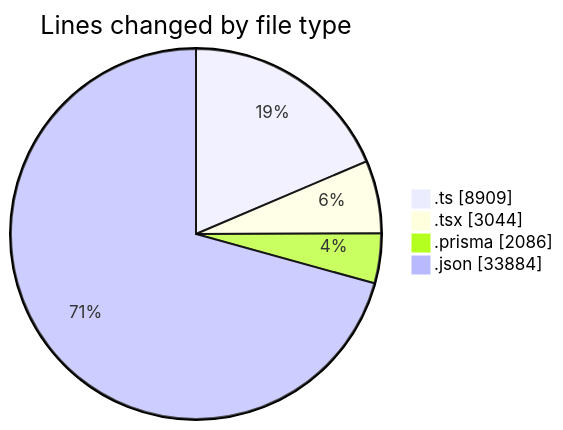
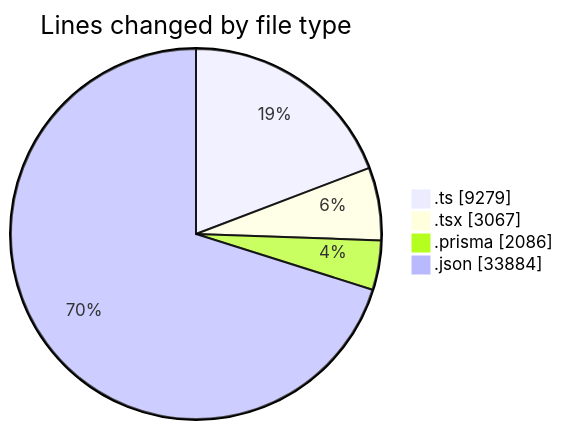
One commit to CELIANVF/code-tracking changed the first of 2 diagrams in 2025-05-19/ecodeli-1/README.md. Above: the diagram before and after it, drawn with Mermaid. The commit also changed other lines of this file and 1 other file, not shown here.

````diff
--- a/2025-05-19/ecodeli-1/README.md
+++ b/2025-05-19/ecodeli-1/README.md
@@ -56,8 +57,8 @@
 ```mermaid
 pie showData
 title Lines changed by file type
-".ts" : 8909
-".tsx" : 3044
+".ts" : 9279
+".tsx" : 3067
 ".prisma" : 2086
 ".json" : 33884
 ```
````
